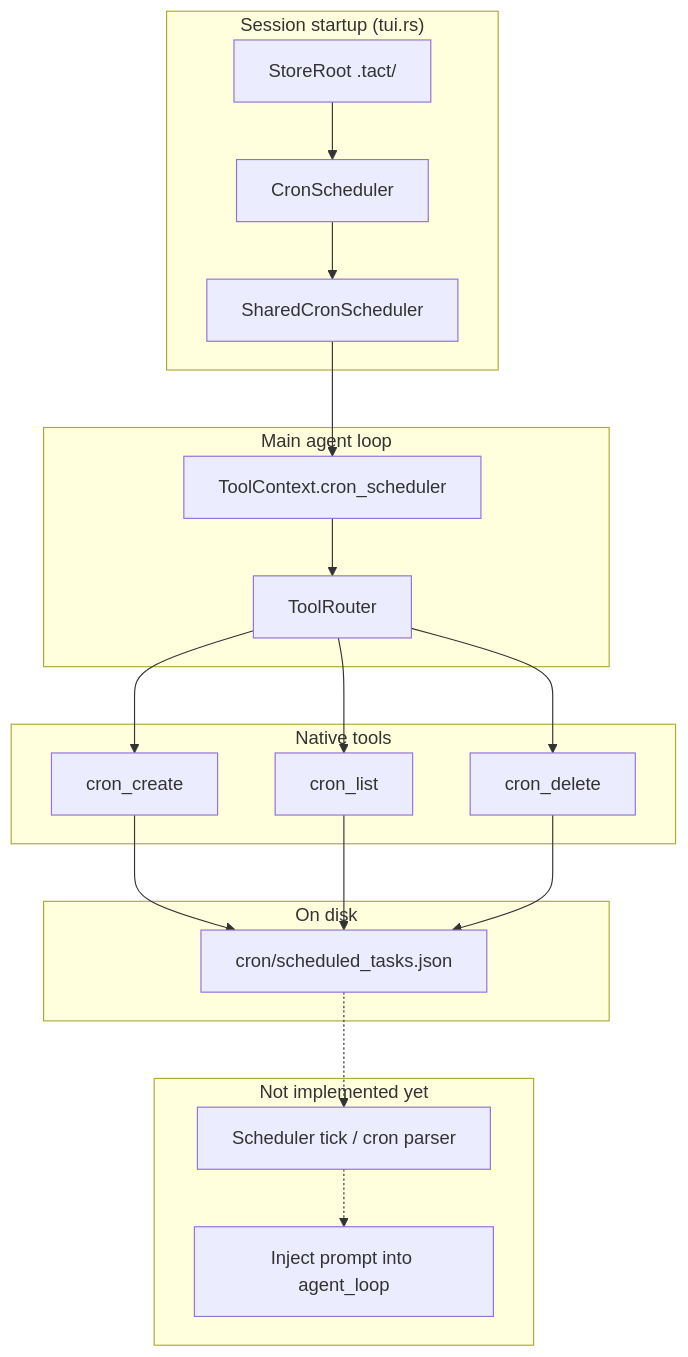
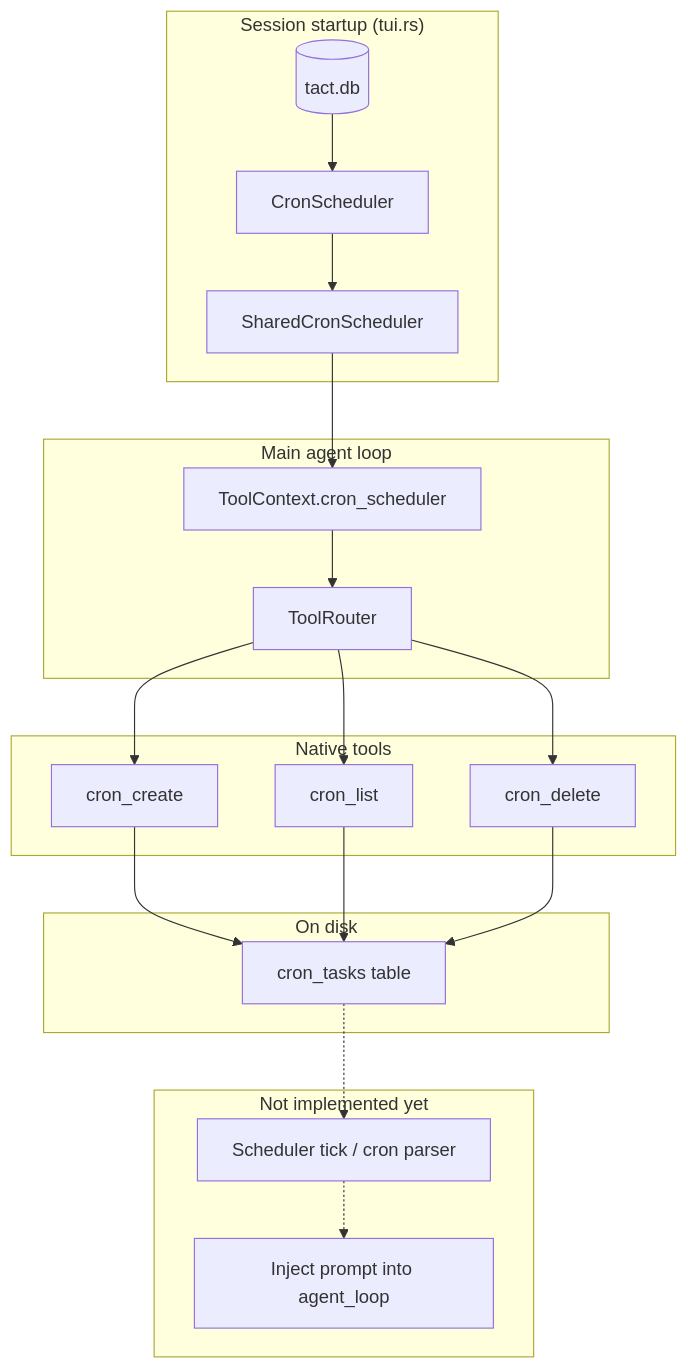
The first of 2 diagrams in book/16_chapter_cron.md (rust-infra/tact), drawn with Mermaid before and after one commit. The commit also changed other lines of this file and 344 other files, not shown here.

````diff
--- a/book/16_chapter_cron.md
+++ b/book/16_chapter_cron.md
@@ -27,41 +27,41 @@
 ```mermaid
 graph TB
     subgraph Entry["Session startup (tui.rs)"]
-        SR[StoreRoot .tact/]
+        DB[(tact.db)]
         CS[CronScheduler]
         SCS[SharedCronScheduler]
-        SR --> CS
+        DB --> CS
         CS --> SCS
     end
 
     subgraph Agent["Main agent loop"]
         TC[ToolContext.cron_scheduler]
         TR[ToolRouter]
         SCS --> TC
         TC --> TR
     end
 
     subgraph Tools["Native tools"]
         CC[cron_create]
         CL[cron_list]
         CD[cron_delete]
         TR --> CC
         TR --> CL
         TR --> CD
     end
 
     subgraph Store["On disk"]
-        JSON["cron/scheduled_tasks.json"]
-        CC --> JSON
-        CL --> JSON
-        CD --> JSON
+        TBL[cron_tasks table]
+        CC --> TBL
+        CL --> TBL
+        CD --> TBL
     end
 
     subgraph Missing["Not implemented yet"]
         TICK[Scheduler tick / cron parser]
         LOOP[Inject prompt into agent_loop]
     end
 
-    JSON -.-> TICK
+    TBL -.-> TICK
     TICK -.-> LOOP
 ```
````
